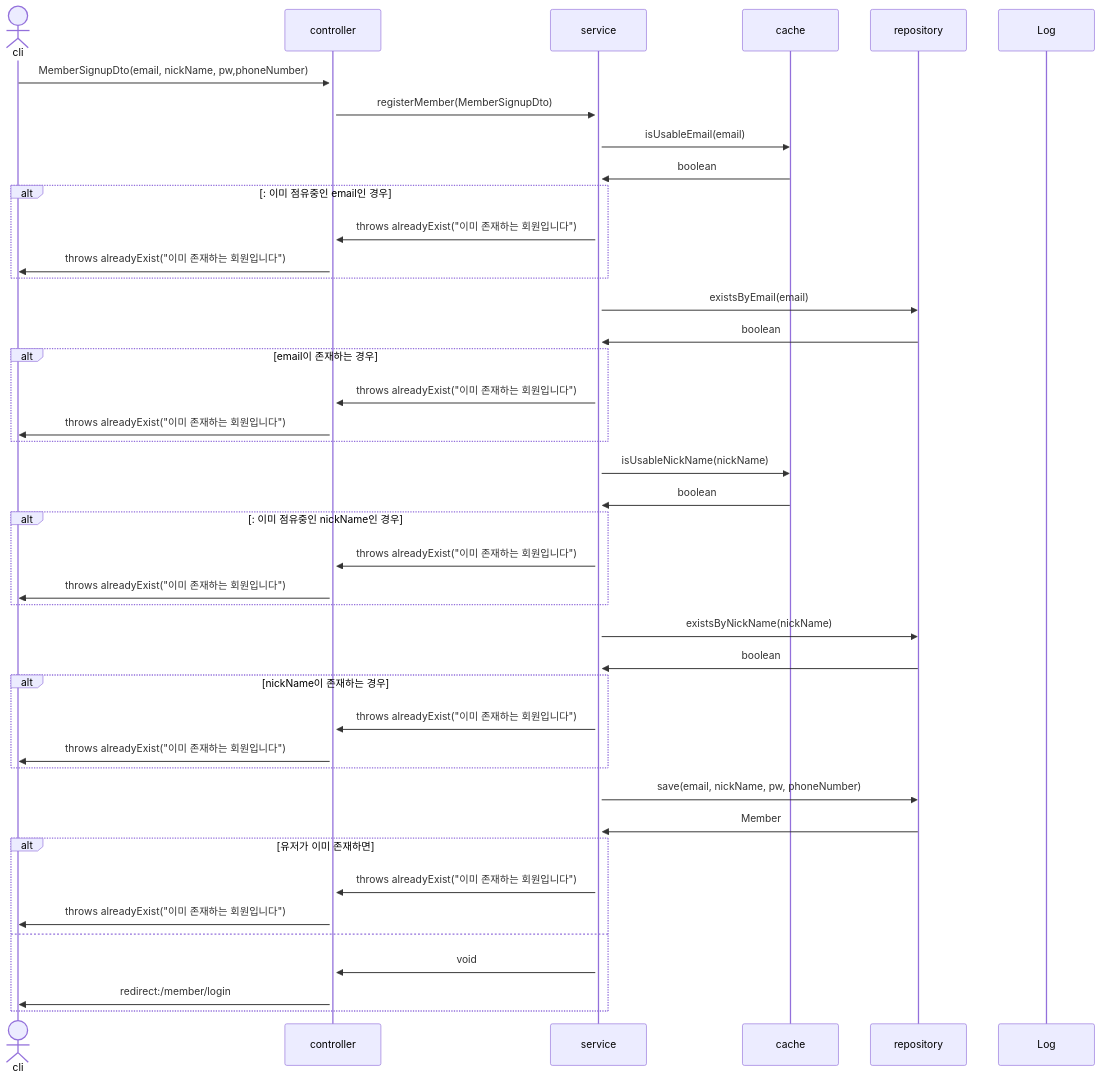
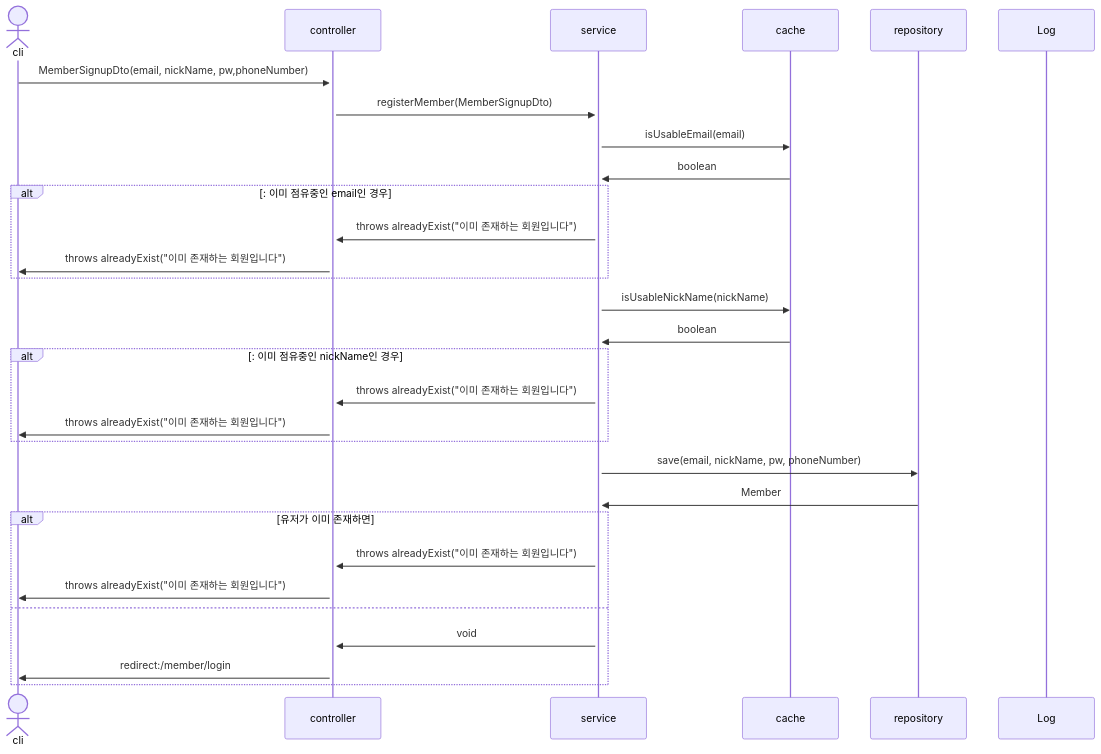
The fourth of 30 diagrams in sequence.md (mtak0235/snsX), drawn with Mermaid before and after one commit. The commit also changed other lines of this file, not shown here.

Commit message:
update memberSignup sequence diagram

````diff
--- a/sequence.md
+++ b/sequence.md
@@ -74,46 +74,34 @@
 ```mermaid
 sequenceDiagram
 actor cli
 participant c as controller
 participant s as service
 participant ca as cache
 participant r as repository
 participant l as Log
 
 cli->>+c: MemberSignupDto(email, nickName, pw,phoneNumber)
 c->>+s: registerMember(MemberSignupDto)
 s->>ca: isUsableEmail(email)
 ca->>s: boolean
 alt: 이미 점유중인 email인 경우
 s->>c: throws alreadyExist("이미 존재하는 회원입니다")
 c->>cli: throws alreadyExist("이미 존재하는 회원입니다")
 end
-s->>r: existsByEmail(email)
-r->>s: boolean
-alt email이 존재하는 경우
-s->>c: throws alreadyExist("이미 존재하는 회원입니다")
-c->>cli: throws alreadyExist("이미 존재하는 회원입니다")
-end
 s->>ca: isUsableNickName(nickName)
 ca->>s: boolean
 alt: 이미 점유중인 nickName인 경우
-s->>c: throws alreadyExist("이미 존재하는 회원입니다")
-c->>cli: throws alreadyExist("이미 존재하는 회원입니다")
-end
-s->>r: existsByNickName(nickName)
-r->>s: boolean
-alt nickName이 존재하는 경우
 s->>c: throws alreadyExist("이미 존재하는 회원입니다")
 c->>cli: throws alreadyExist("이미 존재하는 회원입니다")
 end
 s->>r: save(email, nickName, pw, phoneNumber)
 r->>s: Member
 alt 유저가 이미 존재하면
 s->>c: throws alreadyExist("이미 존재하는 회원입니다")
 c->>cli: throws alreadyExist("이미 존재하는 회원입니다")
 else
 s->>c: void
 c->>cli: redirect:/member/login
 end
 
 ```
````
